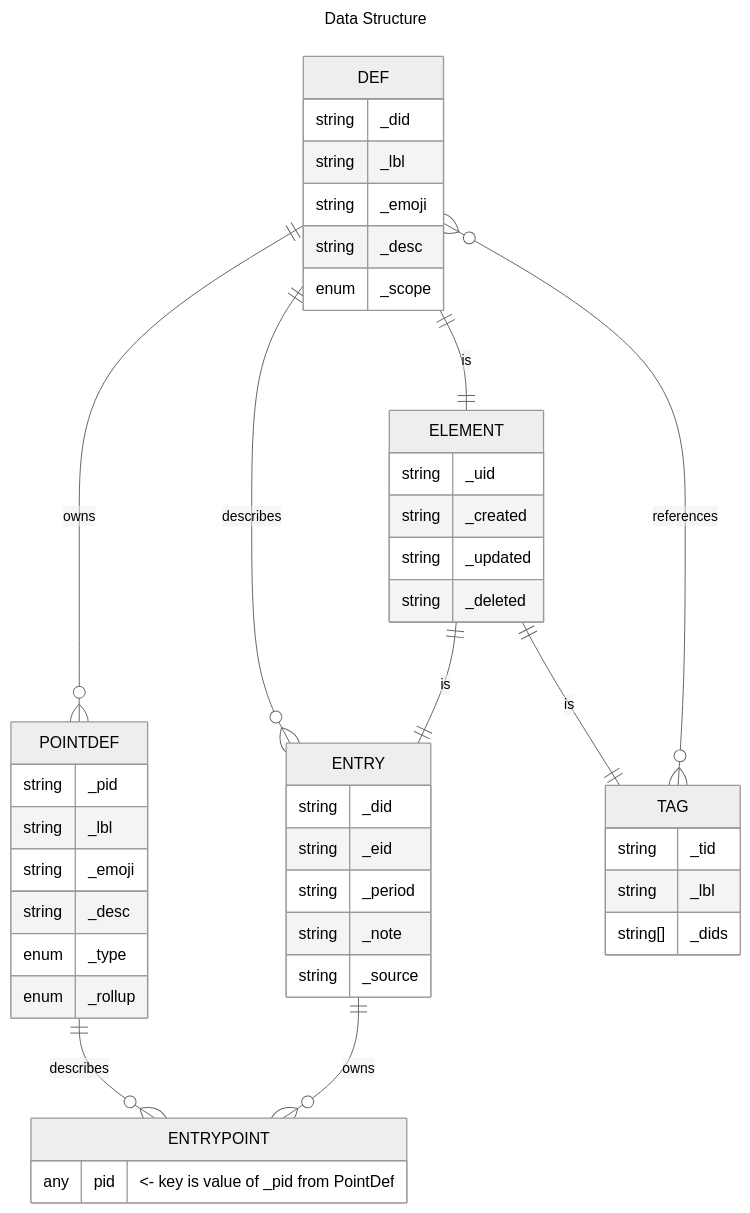
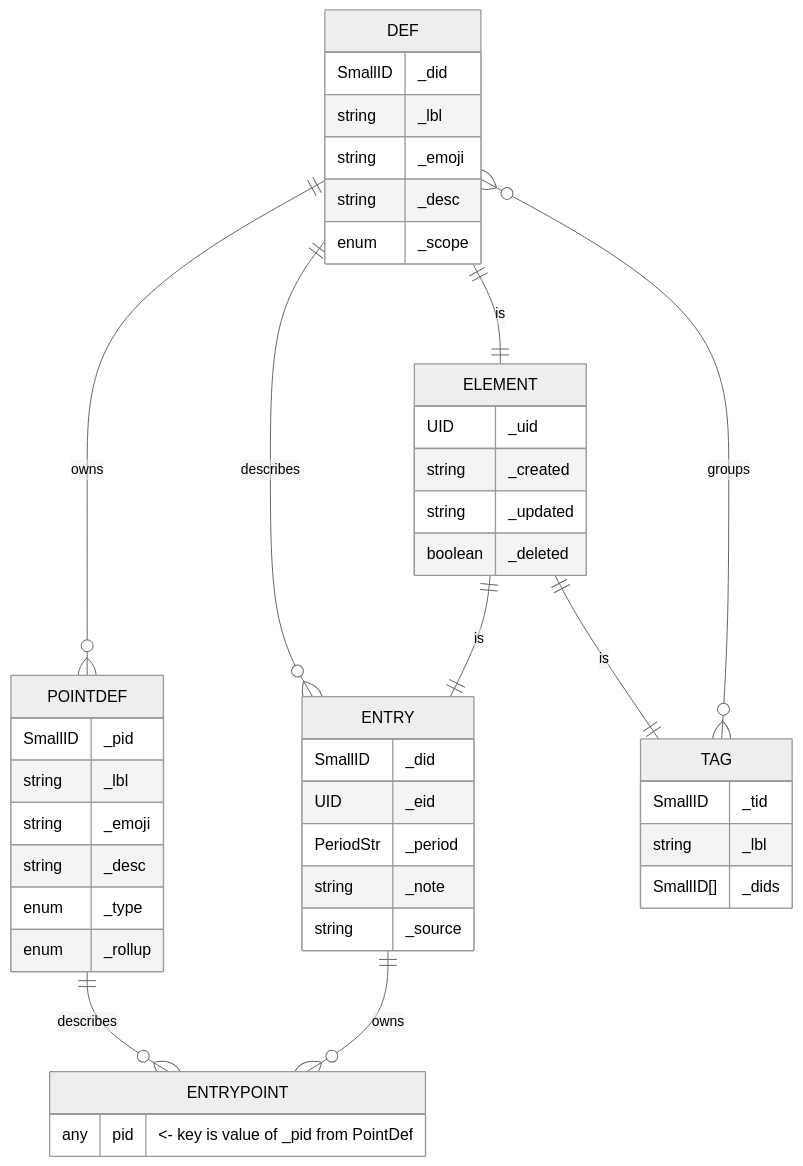
Before and after one commit to aarongilly/pdw: the second of 2 diagrams in README.md, drawn with Mermaid (neutral theme). The commit also changed other lines of this file and 8 other files, not shown here.

````diff
--- a/README.md
+++ b/README.md
@@ -34,53 +111,51 @@
 ```mermaid
----
-title: Data Structure
----
 erDiagram
     DEF{
-        string _did
+        SmallID _did
         string _lbl
         string _emoji
         string _desc
         enum _scope
     }
     TAG{
-        string _tid
+        SmallID _tid
         string _lbl
-        string[] _dids
+        SmallID[] _dids
     }
-    TAG }o--o{ DEF : references
+    TAG }o--o{ DEF : groups
 
     ENTRY {
-        string _did
-        string _eid
-        string _period
+        SmallID _did
+        UID _eid
+        PeriodStr _period
         string _note
         string _source
     }
     POINTDEF{
-        string _pid
+        SmallID _pid
         string _lbl
         string _emoji
         string _desc
         enum _type
         enum _rollup
     }
     ELEMENT{
-        string _uid
+        UID _uid
         string _created
         string _updated
-        string _deleted
+        boolean _deleted
     }
 
     DEF ||--o{ POINTDEF : owns
 
     DEF ||--o{ ENTRY : describes
     DEF ||--|| ELEMENT : is
     ELEMENT ||--|| ENTRY : is
     ELEMENT ||--|| TAG : is
     ENTRYPOINT {
         any pid "<- key is value of _pid from PointDef"
     }
     ENTRY ||--o{ ENTRYPOINT : owns
     POINTDEF ||--o{ ENTRYPOINT : describes
+
 ```
````
